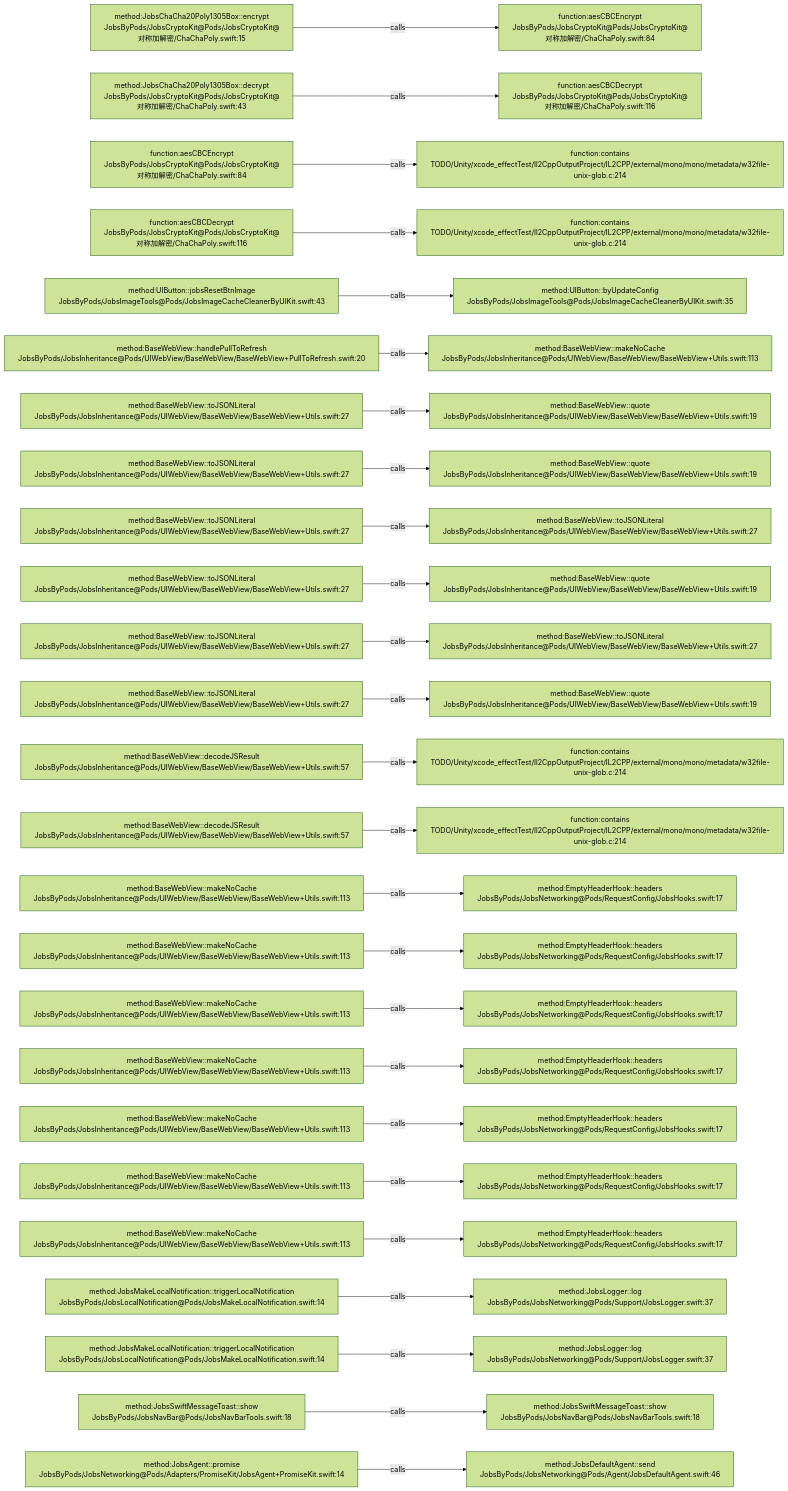
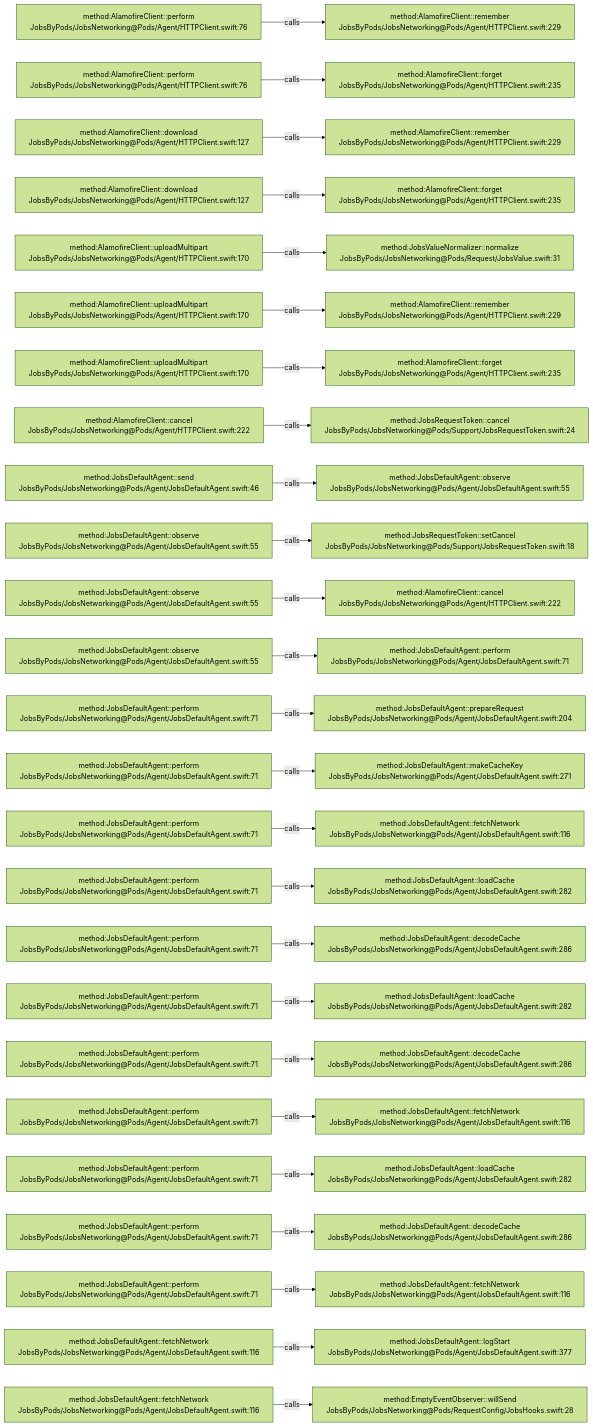
One commit to JobsKits/JobsSwiftBaseConfigDemo changed the diagram in .codegraph/codegraph.md/graphs/calls-007.md. Above: the diagram before and after it, drawn with Mermaid (forest theme). The commit also changed 2959 other files, not shown here.

````diff
--- a/.codegraph/codegraph.md/graphs/calls-007.md
+++ b/.codegraph/codegraph.md/graphs/calls-007.md
@@ -13,78 +13,78 @@
 ```mermaid
 flowchart LR
-  S1["method:JobsChaCha20Poly1305Box::encrypt<br/>JobsByPods/JobsCryptoKit@Pods/JobsCryptoKit@对称加解密/ChaChaPoly.swift:15"]
-  T1["function:aesCBCEncrypt<br/>JobsByPods/JobsCryptoKit@Pods/JobsCryptoKit@对称加解密/ChaChaPoly.swift:84"]
+  S1["method:AlamofireClient::perform<br/>JobsByPods/JobsNetworking@Pods/Agent/HTTPClient.swift:76"]
+  T1["method:AlamofireClient::remember<br/>JobsByPods/JobsNetworking@Pods/Agent/HTTPClient.swift:229"]
   S1 -->|calls| T1
-  S2["method:JobsChaCha20Poly1305Box::decrypt<br/>JobsByPods/JobsCryptoKit@Pods/JobsCryptoKit@对称加解密/ChaChaPoly.swift:43"]
-  T2["function:aesCBCDecrypt<br/>JobsByPods/JobsCryptoKit@Pods/JobsCryptoKit@对称加解密/ChaChaPoly.swift:116"]
+  S2["method:AlamofireClient::perform<br/>JobsByPods/JobsNetworking@Pods/Agent/HTTPClient.swift:76"]
+  T2["method:AlamofireClient::forget<br/>JobsByPods/JobsNetworking@Pods/Agent/HTTPClient.swift:235"]
   S2 -->|calls| T2
-  S3["function:aesCBCEncrypt<br/>JobsByPods/JobsCryptoKit@Pods/JobsCryptoKit@对称加解密/ChaChaPoly.swift:84"]
-  T3["function:contains<br/>TODO/Unity/xcode_effectTest/Il2CppOutputProject/IL2CPP/external/mono/mono/metadata/w32file-unix-glob.c:214"]
+  S3["method:AlamofireClient::download<br/>JobsByPods/JobsNetworking@Pods/Agent/HTTPClient.swift:127"]
+  T3["method:AlamofireClient::remember<br/>JobsByPods/JobsNetworking@Pods/Agent/HTTPClient.swift:229"]
   S3 -->|calls| T3
-  S4["function:aesCBCDecrypt<br/>JobsByPods/JobsCryptoKit@Pods/JobsCryptoKit@对称加解密/ChaChaPoly.swift:116"]
-  T4["function:contains<br/>TODO/Unity/xcode_effectTest/Il2CppOutputProject/IL2CPP/external/mono/mono/metadata/w32file-unix-glob.c:214"]
+  S4["method:AlamofireClient::download<br/>JobsByPods/JobsNetworking@Pods/Agent/HTTPClient.swift:127"]
+  T4["method:AlamofireClient::forget<br/>JobsByPods/JobsNetworking@Pods/Agent/HTTPClient.swift:235"]
   S4 -->|calls| T4
-  S5["method:UIButton::jobsResetBtnImage<br/>JobsByPods/JobsImageTools@Pods/JobsImageCacheCleanerByUIKit.swift:43"]
-  T5["method:UIButton::byUpdateConfig<br/>JobsByPods/JobsImageTools@Pods/JobsImageCacheCleanerByUIKit.swift:35"]
+  S5["method:AlamofireClient::uploadMultipart<br/>JobsByPods/JobsNetworking@Pods/Agent/HTTPClient.swift:170"]
+  T5["method:JobsValueNormalizer::normalize<br/>JobsByPods/JobsNetworking@Pods/Request/JobsValue.swift:31"]
   S5 -->|calls| T5
-  S6["method:BaseWebView::handlePullToRefresh<br/>JobsByPods/JobsInheritance@Pods/UIWebView/BaseWebView/BaseWebView+PullToRefresh.swift:20"]
-  T6["method:BaseWebView::makeNoCache<br/>JobsByPods/JobsInheritance@Pods/UIWebView/BaseWebView/BaseWebView+Utils.swift:113"]
+  S6["method:AlamofireClient::uploadMultipart<br/>JobsByPods/JobsNetworking@Pods/Agent/HTTPClient.swift:170"]
+  T6["method:AlamofireClient::remember<br/>JobsByPods/JobsNetworking@Pods/Agent/HTTPClient.swift:229"]
   S6 -->|calls| T6
-  S7["method:BaseWebView::toJSONLiteral<br/>JobsByPods/JobsInheritance@Pods/UIWebView/BaseWebView/BaseWebView+Utils.swift:27"]
-  T7["method:BaseWebView::quote<br/>JobsByPods/JobsInheritance@Pods/UIWebView/BaseWebView/BaseWebView+Utils.swift:19"]
+  S7["method:AlamofireClient::uploadMultipart<br/>JobsByPods/JobsNetworking@Pods/Agent/HTTPClient.swift:170"]
+  T7["method:AlamofireClient::forget<br/>JobsByPods/JobsNetworking@Pods/Agent/HTTPClient.swift:235"]
   S7 -->|calls| T7
-  S8["method:BaseWebView::toJSONLiteral<br/>JobsByPods/JobsInheritance@Pods/UIWebView/BaseWebView/BaseWebView+Utils.swift:27"]
-  T8["method:BaseWebView::quote<br/>JobsByPods/JobsInheritance@Pods/UIWebView/BaseWebView/BaseWebView+Utils.swift:19"]
+  S8["method:AlamofireClient::cancel<br/>JobsByPods/JobsNetworking@Pods/Agent/HTTPClient.swift:222"]
+  T8["method:JobsRequestToken::cancel<br/>JobsByPods/JobsNetworking@Pods/Support/JobsRequestToken.swift:24"]
   S8 -->|calls| T8
-  S9["method:BaseWebView::toJSONLiteral<br/>JobsByPods/JobsInheritance@Pods/UIWebView/BaseWebView/BaseWebView+Utils.swift:27"]
-  T9["method:BaseWebView::toJSONLiteral<br/>JobsByPods/JobsInheritance@Pods/UIWebView/BaseWebView/BaseWebView+Utils.swift:27"]
+  S9["method:JobsDefaultAgent::send<br/>JobsByPods/JobsNetworking@Pods/Agent/JobsDefaultAgent.swift:46"]
+  T9["method:JobsDefaultAgent::observe<br/>JobsByPods/JobsNetworking@Pods/Agent/JobsDefaultAgent.swift:55"]
   S9 -->|calls| T9
-  S10["method:BaseWebView::toJSONLiteral<br/>JobsByPods/JobsInheritance@Pods/UIWebView/BaseWebView/BaseWebView+Utils.swift:27"]
-  T10["method:BaseWebView::quote<br/>JobsByPods/JobsInheritance@Pods/UIWebView/BaseWebView/BaseWebView+Utils.swift:19"]
+  S10["method:JobsDefaultAgent::observe<br/>JobsByPods/JobsNetworking@Pods/Agent/JobsDefaultAgent.swift:55"]
+  T10["method:JobsRequestToken::setCancel<br/>JobsByPods/JobsNetworking@Pods/Support/JobsRequestToken.swift:18"]
   S10 -->|calls| T10
-  S11["method:BaseWebView::toJSONLiteral<br/>JobsByPods/JobsInheritance@Pods/UIWebView/BaseWebView/BaseWebView+Utils.swift:27"]
-  T11["method:BaseWebView::toJSONLiteral<br/>JobsByPods/JobsInheritance@Pods/UIWebView/BaseWebView/BaseWebView+Utils.swift:27"]
+  S11["method:JobsDefaultAgent::observe<br/>JobsByPods/JobsNetworking@Pods/Agent/JobsDefaultAgent.swift:55"]
+  T11["method:AlamofireClient::cancel<br/>JobsByPods/JobsNetworking@Pods/Agent/HTTPClient.swift:222"]
   S11 -->|calls| T11
-  S12["method:BaseWebView::toJSONLiteral<br/>JobsByPods/JobsInheritance@Pods/UIWebView/BaseWebView/BaseWebView+Utils.swift:27"]
-  T12["method:BaseWebView::quote<br/>JobsByPods/JobsInheritance@Pods/UIWebView/BaseWebView/BaseWebView+Utils.swift:19"]
+  S12["method:JobsDefaultAgent::observe<br/>JobsByPods/JobsNetworking@Pods/Agent/JobsDefaultAgent.swift:55"]
+  T12["method:JobsDefaultAgent::perform<br/>JobsByPods/JobsNetworking@Pods/Agent/JobsDefaultAgent.swift:71"]
   S12 -->|calls| T12
-  S13["method:BaseWebView::decodeJSResult<br/>JobsByPods/JobsInheritance@Pods/UIWebView/BaseWebView/BaseWebView+Utils.swift:57"]
-  T13["function:contains<br/>TODO/Unity/xcode_effectTest/Il2CppOutputProject/IL2CPP/external/mono/mono/metadata/w32file-unix-glob.c:214"]
+  S13["method:JobsDefaultAgent::perform<br/>JobsByPods/JobsNetworking@Pods/Agent/JobsDefaultAgent.swift:71"]
+  T13["method:JobsDefaultAgent::prepareRequest<br/>JobsByPods/JobsNetworking@Pods/Agent/JobsDefaultAgent.swift:204"]
   S13 -->|calls| T13
-  S14["method:BaseWebView::decodeJSResult<br/>JobsByPods/JobsInheritance@Pods/UIWebView/BaseWebView/BaseWebView+Utils.swift:57"]
-  T14["function:contains<br/>TODO/Unity/xcode_effectTest/Il2CppOutputProject/IL2CPP/external/mono/mono/metadata/w32file-unix-glob.c:214"]
+  S14["method:JobsDefaultAgent::perform<br/>JobsByPods/JobsNetworking@Pods/Agent/JobsDefaultAgent.swift:71"]
+  T14["method:JobsDefaultAgent::makeCacheKey<br/>JobsByPods/JobsNetworking@Pods/Agent/JobsDefaultAgent.swift:271"]
   S14 -->|calls| T14
-  S15["method:BaseWebView::makeNoCache<br/>JobsByPods/JobsInheritance@Pods/UIWebView/BaseWebView/BaseWebView+Utils.swift:113"]
-  T15["method:EmptyHeaderHook::headers<br/>JobsByPods/JobsNetworking@Pods/RequestConfig/JobsHooks.swift:17"]
+  S15["method:JobsDefaultAgent::perform<br/>JobsByPods/JobsNetworking@Pods/Agent/JobsDefaultAgent.swift:71"]
+  T15["method:JobsDefaultAgent::fetchNetwork<br/>JobsByPods/JobsNetworking@Pods/Agent/JobsDefaultAgent.swift:116"]
   S15 -->|calls| T15
-  S16["method:BaseWebView::makeNoCache<br/>JobsByPods/JobsInheritance@Pods/UIWebView/BaseWebView/BaseWebView+Utils.swift:113"]
-  T16["method:EmptyHeaderHook::headers<br/>JobsByPods/JobsNetworking@Pods/RequestConfig/JobsHooks.swift:17"]
+  S16["method:JobsDefaultAgent::perform<br/>JobsByPods/JobsNetworking@Pods/Agent/JobsDefaultAgent.swift:71"]
+  T16["method:JobsDefaultAgent::loadCache<br/>JobsByPods/JobsNetworking@Pods/Agent/JobsDefaultAgent.swift:282"]
   S16 -->|calls| T16
-  S17["method:BaseWebView::makeNoCache<br/>JobsByPods/JobsInheritance@Pods/UIWebView/BaseWebView/BaseWebView+Utils.swift:113"]
-  T17["method:EmptyHeaderHook::headers<br/>JobsByPods/JobsNetworking@Pods/RequestConfig/JobsHooks.swift:17"]
+  S17["method:JobsDefaultAgent::perform<br/>JobsByPods/JobsNetworking@Pods/Agent/JobsDefaultAgent.swift:71"]
+  T17["method:JobsDefaultAgent::decodeCache<br/>JobsByPods/JobsNetworking@Pods/Agent/JobsDefaultAgent.swift:286"]
   S17 -->|calls| T17
-  S18["method:BaseWebView::makeNoCache<br/>JobsByPods/JobsInheritance@Pods/UIWebView/BaseWebView/BaseWebView+Utils.swift:113"]
-  T18["method:EmptyHeaderHook::headers<br/>JobsByPods/JobsNetworking@Pods/RequestConfig/JobsHooks.swift:17"]
+  S18["method:JobsDefaultAgent::perform<br/>JobsByPods/JobsNetworking@Pods/Agent/JobsDefaultAgent.swift:71"]
+  T18["method:JobsDefaultAgent::loadCache<br/>JobsByPods/JobsNetworking@Pods/Agent/JobsDefaultAgent.swift:282"]
   S18 -->|calls| T18
-  S19["method:BaseWebView::makeNoCache<br/>JobsByPods/JobsInheritance@Pods/UIWebView/BaseWebView/BaseWebView+Utils.swift:113"]
-  T19["method:EmptyHeaderHook::headers<br/>JobsByPods/JobsNetworking@Pods/RequestConfig/JobsHooks.swift:17"]
+  S19["method:JobsDefaultAgent::perform<br/>JobsByPods/JobsNetworking@Pods/Agent/JobsDefaultAgent.swift:71"]
+  T19["method:JobsDefaultAgent::decodeCache<br/>JobsByPods/JobsNetworking@Pods/Agent/JobsDefaultAgent.swift:286"]
   S19 -->|calls| T19
-  S20["method:BaseWebView::makeNoCache<br/>JobsByPods/JobsInheritance@Pods/UIWebView/BaseWebView/BaseWebView+Utils.swift:113"]
-  T20["method:EmptyHeaderHook::headers<br/>JobsByPods/JobsNetworking@Pods/RequestConfig/JobsHooks.swift:17"]
+  S20["method:JobsDefaultAgent::perform<br/>JobsByPods/JobsNetworking@Pods/Agent/JobsDefaultAgent.swift:71"]
+  T20["method:JobsDefaultAgent::fetchNetwork<br/>JobsByPods/JobsNetworking@Pods/Agent/JobsDefaultAgent.swift:116"]
   S20 -->|calls| T20
-  S21["method:BaseWebView::makeNoCache<br/>JobsByPods/JobsInheritance@Pods/UIWebView/BaseWebView/BaseWebView+Utils.swift:113"]
-  T21["method:EmptyHeaderHook::headers<br/>JobsByPods/JobsNetworking@Pods/RequestConfig/JobsHooks.swift:17"]
+  S21["method:JobsDefaultAgent::perform<br/>JobsByPods/JobsNetworking@Pods/Agent/JobsDefaultAgent.swift:71"]
+  T21["method:JobsDefaultAgent::loadCache<br/>JobsByPods/JobsNetworking@Pods/Agent/JobsDefaultAgent.swift:282"]
   S21 -->|calls| T21
-  S22["method:JobsMakeLocalNotification::triggerLocalNotification<br/>JobsByPods/JobsLocalNotification@Pods/JobsMakeLocalNotification.swift:14"]
-  T22["method:JobsLogger::log<br/>JobsByPods/JobsNetworking@Pods/Support/JobsLogger.swift:37"]
+  S22["method:JobsDefaultAgent::perform<br/>JobsByPods/JobsNetworking@Pods/Agent/JobsDefaultAgent.swift:71"]
+  T22["method:JobsDefaultAgent::decodeCache<br/>JobsByPods/JobsNetworking@Pods/Agent/JobsDefaultAgent.swift:286"]
   S22 -->|calls| T22
-  S23["method:JobsMakeLocalNotification::triggerLocalNotification<br/>JobsByPods/JobsLocalNotification@Pods/JobsMakeLocalNotification.swift:14"]
-  T23["method:JobsLogger::log<br/>JobsByPods/JobsNetworking@Pods/Support/JobsLogger.swift:37"]
+  S23["method:JobsDefaultAgent::perform<br/>JobsByPods/JobsNetworking@Pods/Agent/JobsDefaultAgent.swift:71"]
+  T23["method:JobsDefaultAgent::fetchNetwork<br/>JobsByPods/JobsNetworking@Pods/Agent/JobsDefaultAgent.swift:116"]
   S23 -->|calls| T23
-  S24["method:JobsSwiftMessageToast::show<br/>JobsByPods/JobsNavBar@Pods/JobsNavBarTools.swift:18"]
-  T24["method:JobsSwiftMessageToast::show<br/>JobsByPods/JobsNavBar@Pods/JobsNavBarTools.swift:18"]
+  S24["method:JobsDefaultAgent::fetchNetwork<br/>JobsByPods/JobsNetworking@Pods/Agent/JobsDefaultAgent.swift:116"]
+  T24["method:JobsDefaultAgent::logStart<br/>JobsByPods/JobsNetworking@Pods/Agent/JobsDefaultAgent.swift:377"]
   S24 -->|calls| T24
-  S25["method:JobsAgent::promise<br/>JobsByPods/JobsNetworking@Pods/Adapters/PromiseKit/JobsAgent+PromiseKit.swift:14"]
-  T25["method:JobsDefaultAgent::send<br/>JobsByPods/JobsNetworking@Pods/Agent/JobsDefaultAgent.swift:46"]
+  S25["method:JobsDefaultAgent::fetchNetwork<br/>JobsByPods/JobsNetworking@Pods/Agent/JobsDefaultAgent.swift:116"]
+  T25["method:EmptyEventObserver::willSend<br/>JobsByPods/JobsNetworking@Pods/RequestConfig/JobsHooks.swift:28"]
   S25 -->|calls| T25
 ```
````
